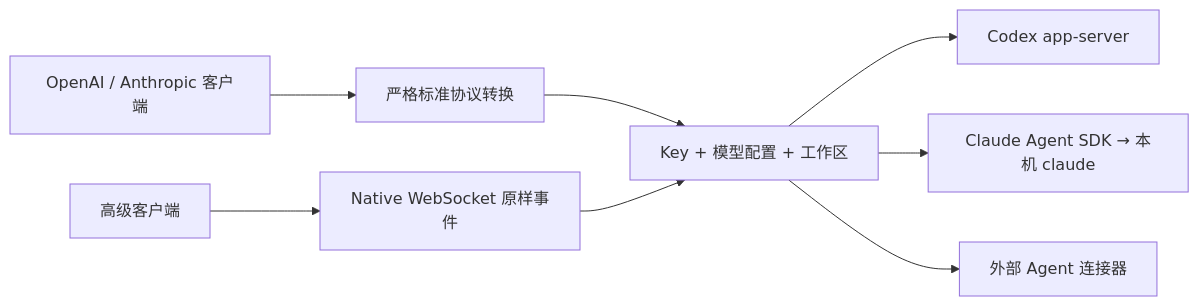
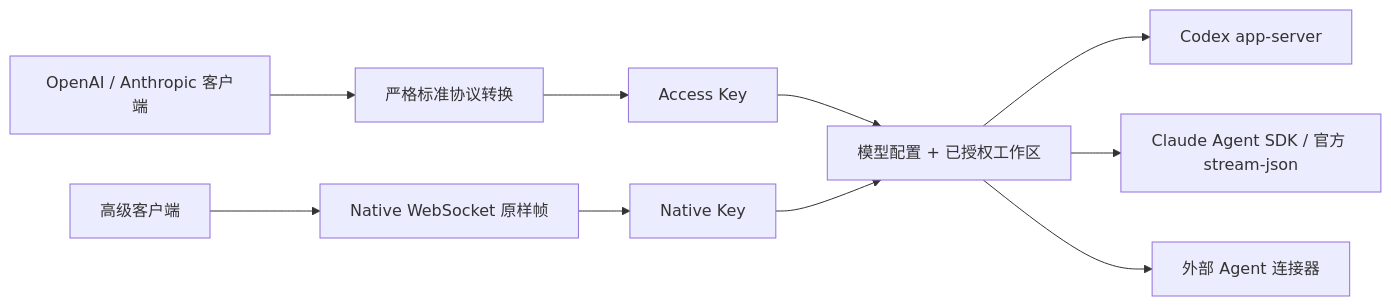
Before and after one commit to waibiwaibig/all-api: the diagram in README.md, drawn with Mermaid. The commit also changed other lines of this file and 13 other files, not shown here.

Commit message:
feat: rebuild All API around raw native agent transport

````diff
--- a/README.md
+++ b/README.md
@@ -7,10 +7,12 @@
 ```mermaid
 flowchart LR
     C["OpenAI / Anthropic 客户端"] --> HTTP["严格标准协议转换"]
-    N["高级客户端"] --> WS["Native WebSocket 原样事件"]
-    HTTP --> R["Key + 模型配置 + 工作区"]
-    WS --> R
+    N["高级客户端"] --> WS["Native WebSocket 原样帧"]
+    HTTP --> AK["Access Key"]
+    WS --> NK["Native Key"]
+    AK --> R["模型配置 + 已授权工作区"]
+    NK --> R
     R --> CX["Codex app-server"]
-    R --> CL["Claude Agent SDK → 本机 claude"]
+    R --> CL["Claude Agent SDK / 官方 stream-json"]
     R --> P["外部 Agent 连接器"]
 ```
````
